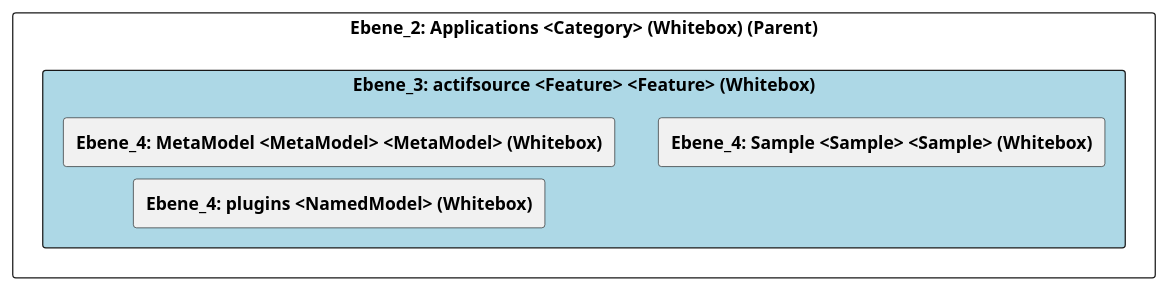
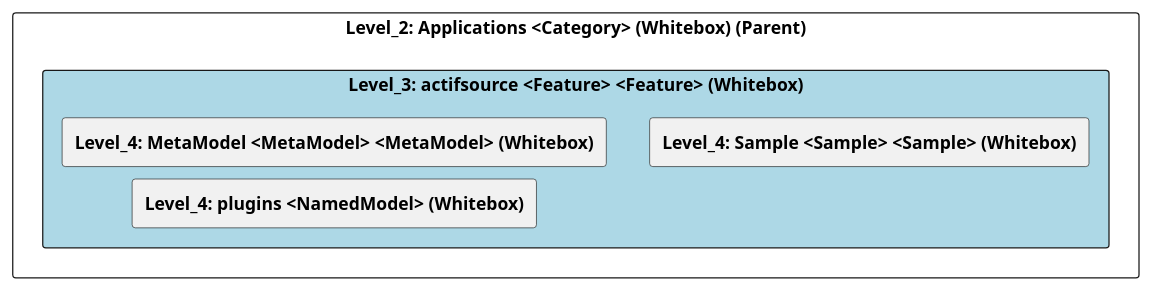
One commit to marcozwyssig/cleon changed the diagram in doc/cleonproject_deliverables_architecture_model_architecture/adoc/de/05_bausteinsicht/cleon/applications/actifsource/ebene_3_actifsource.adoc. Above: the diagram before and after it, drawn with PlantUML. The commit also changed other lines of this file and 83 other files, not shown here.

```diff
--- a/doc/cleonproject_deliverables_architecture_model_architecture/adoc/de/05_bausteinsicht/cleon/applications/actifsource/ebene_3_actifsource.adoc
+++ b/doc/cleonproject_deliverables_architecture_model_architecture/adoc/de/05_bausteinsicht/cleon/applications/actifsource/ebene_3_actifsource.adoc
@@ -20,26 +20,26 @@
-[plantuml, Ebene_3: actifsource <Feature> <Feature> (Whitebox)BlockOverview, format="svg"]
+[plantuml, Level_3: actifsource <Feature> <Feature> (Whitebox)BlockOverview, format="svg"]
 ----
-@startuml Ebene_3: actifsource <Feature> <Feature> (Whitebox)BuildingBlockOverview
+@startuml Level_3: actifsource <Feature> <Feature> (Whitebox)BuildingBlockOverview
 
 skinparam ranksep 10
 skinparam componentStyle rectangle
 skinparam shadowing false
 skinparam arrowColor lightblue
 skinparam arrowThickness 1.2
 skinparam rectangle {
   BackgroundColor White
   BorderColor #333
   RoundCorner 10
 }
 top to bottom direction
 
-component "Ebene_2: Applications <Category> (Whitebox) (Parent)" {
-    component "Ebene_3: actifsource <Feature> <Feature> (Whitebox)" #lightblue {
-        [**Ebene_4: MetaModel <MetaModel> <MetaModel> (Whitebox)**] as 4A56DE43_D579_11EE_903E_9F564E4DE07E
-        [**Ebene_4: Sample <Sample> <Sample> (Whitebox)**] as 4A570568_D579_11EE_903E_9F564E4DE07E
-        [**Ebene_4: plugins <NamedModel> (Whitebox)**] as 4A56DE4E_D579_11EE_903E_9F564E4DE07E
+component "Level_2: Applications <Category> (Whitebox) (Parent)" {
+    component "Level_3: actifsource <Feature> <Feature> (Whitebox)" #lightblue {
+        [**Level_4: MetaModel <MetaModel> <MetaModel> (Whitebox)**] as 4A56DE43_D579_11EE_903E_9F564E4DE07E
+        [**Level_4: Sample <Sample> <Sample> (Whitebox)**] as 4A570568_D579_11EE_903E_9F564E4DE07E
+        [**Level_4: plugins <NamedModel> (Whitebox)**] as 4A56DE4E_D579_11EE_903E_9F564E4DE07E
     }
 }
 
 @enduml
 ----
```
